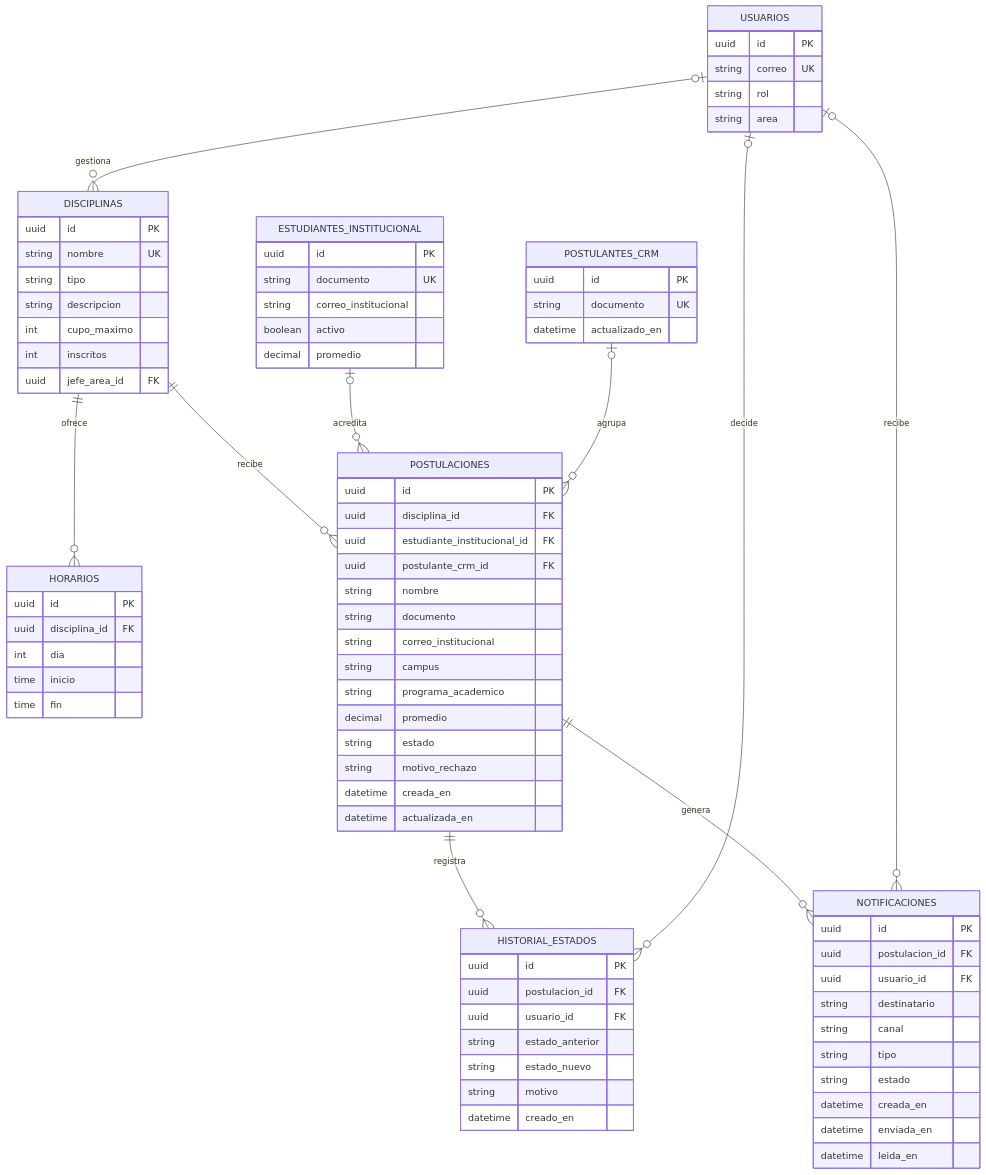
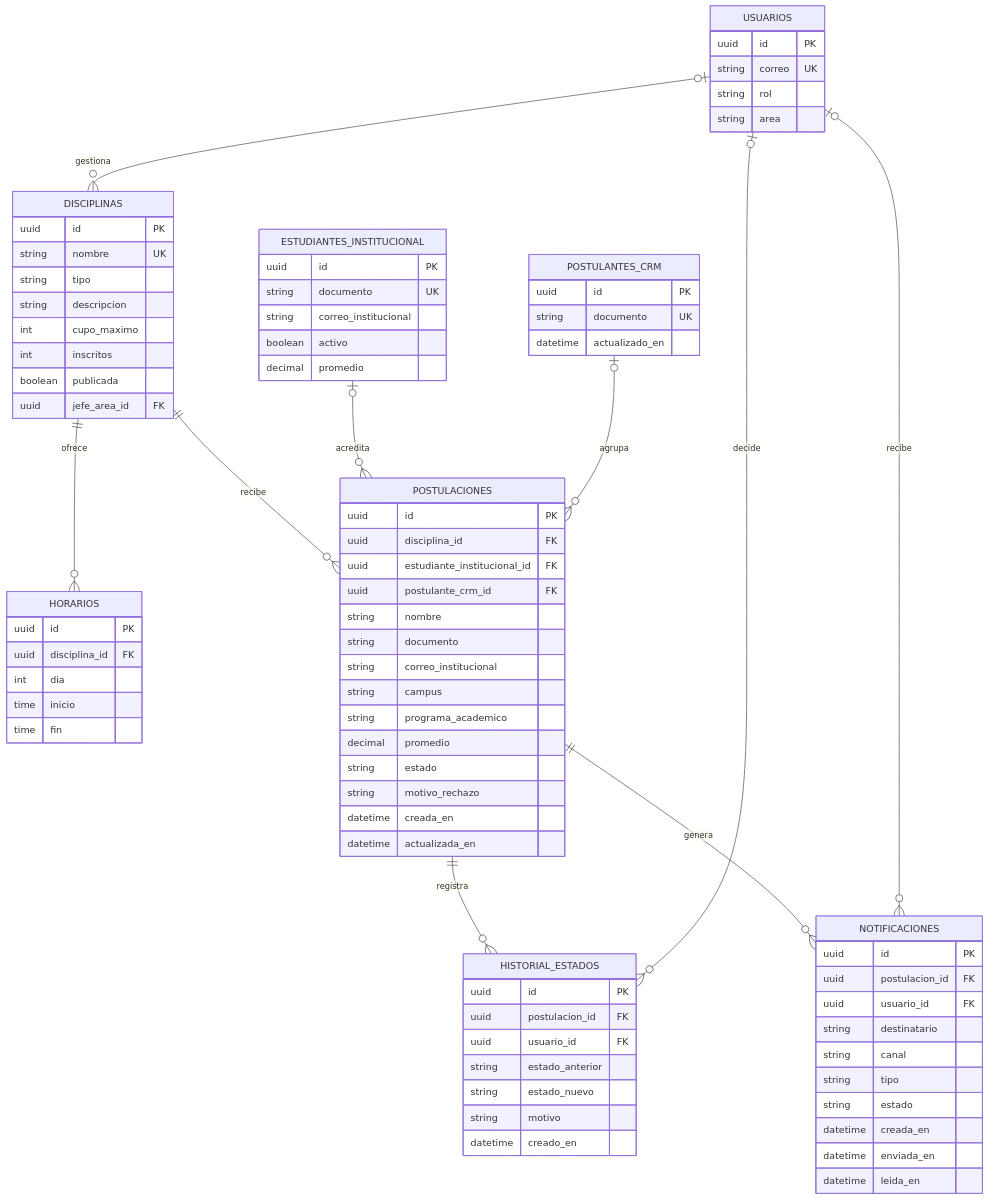
The diagram in docs/arquitectura.md (Karol-y/inscripcion_cultura_deporte), drawn with Mermaid before and after one commit. The commit also changed 7 other files, not shown here.

```diff
--- a/docs/arquitectura.md
+++ b/docs/arquitectura.md
@@ -31,6 +31,7 @@
         string descripcion
         int cupo_maximo
         int inscritos
+        boolean publicada
         uuid jefe_area_id FK
     }
     HORARIOS {
```
